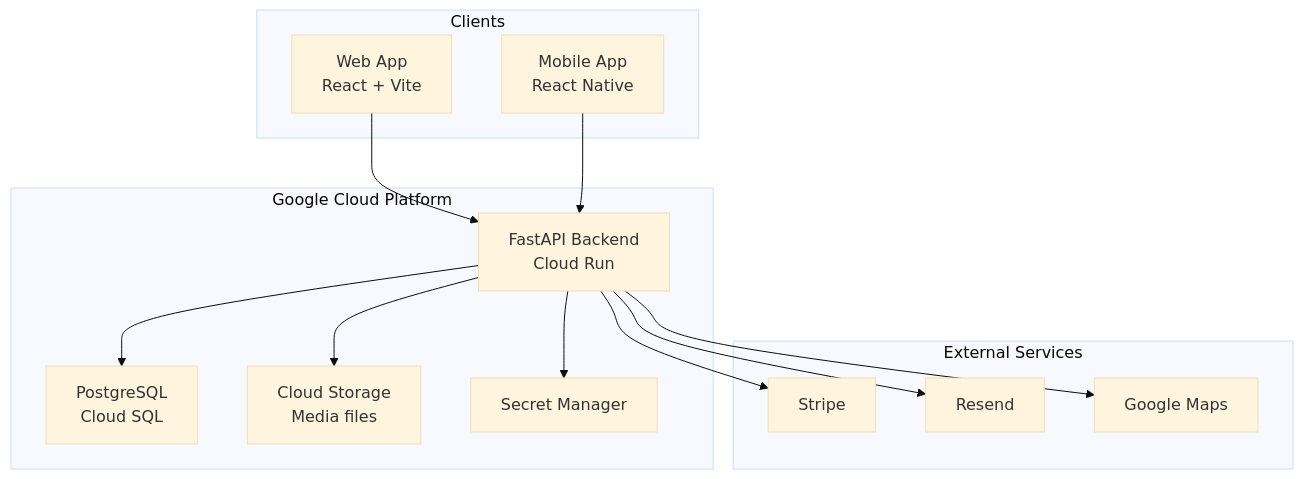
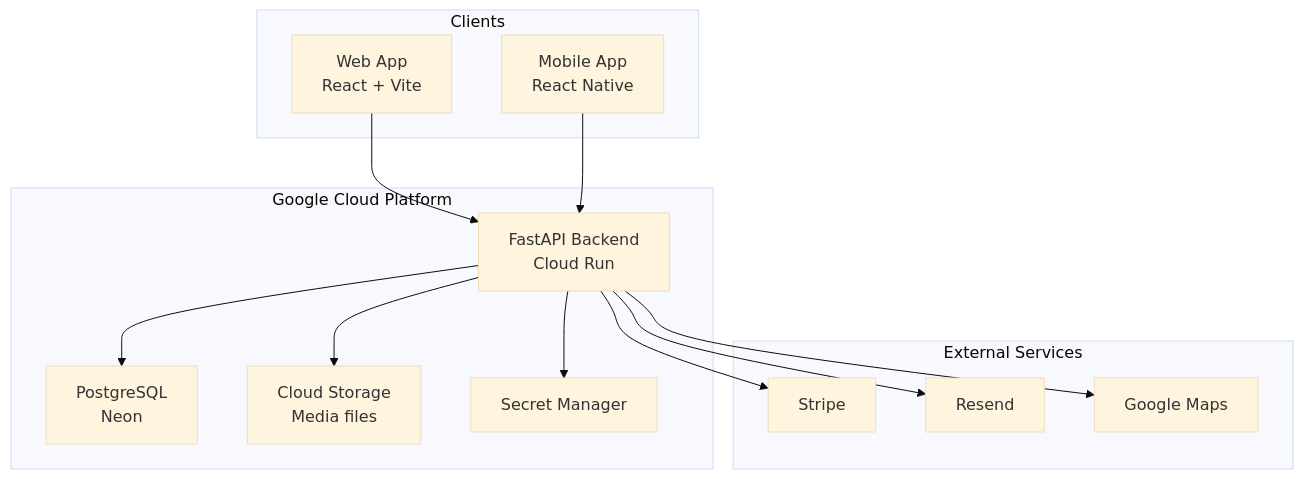
Before and after one commit to tunasafa/Menoks-showcase: the first of 3 diagrams in README.md, drawn with Mermaid (base theme). The commit also changed other lines of this file, not shown here.

Commit message:
Update docs: Replace Cloud SQL references with Neon PostgreSQL

````diff
--- a/README.md
+++ b/README.md
@@ -34,29 +34,29 @@
 ```mermaid
 flowchart TB
     subgraph Clients
         WEB["Web App<br/>React + Vite"]
         MOBILE["Mobile App<br/>React Native"]
     end
 
     subgraph GCP["Google Cloud Platform"]
         API["FastAPI Backend<br/>Cloud Run"]
-        DB["PostgreSQL<br/>Cloud SQL"]
+        DB["PostgreSQL<br/>Neon"]
         STORAGE["Cloud Storage<br/>Media files"]
         SECRETS["Secret Manager"]
     end
 
     subgraph External["External Services"]
         STRIPE["Stripe"]
         RESEND["Resend"]
         MAPS["Google Maps"]
     end
 
     WEB --> API
     MOBILE --> API
     API --> DB
     API --> STORAGE
     API --> SECRETS
     API --> STRIPE
     API --> RESEND
     API --> MAPS
 ```
````
